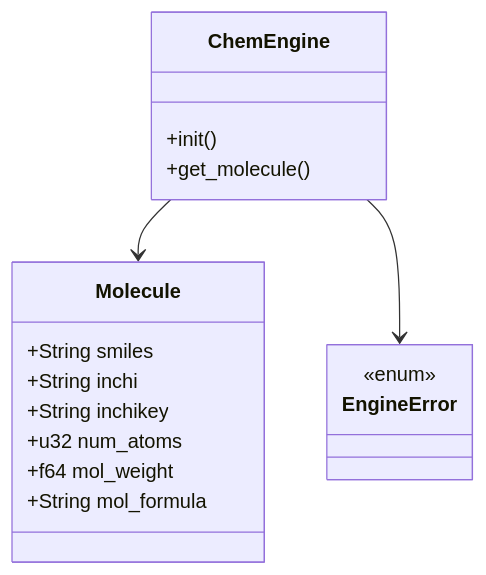
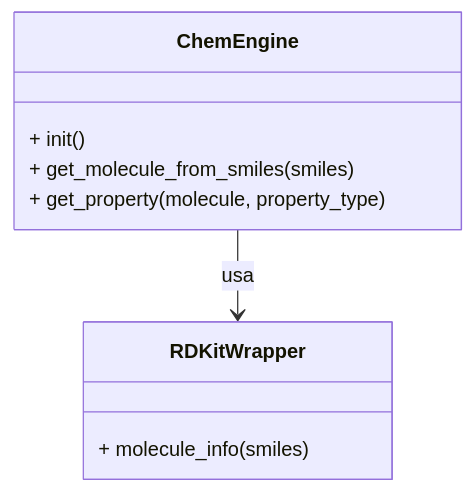
One commit to chem-gl/chem-flow changed the eighth of 8 diagrams in README.md. Above: the diagram before and after it, drawn with Mermaid. The commit also changed other lines of this file and 14 other files, not shown here.

````diff
--- a/README.md
+++ b/README.md
@@ -337,20 +367,12 @@
 ```mermaid
 classDiagram
     class ChemEngine {
-        +init()
-        +get_molecule()
+        + init()
+        + get_molecule_from_smiles(smiles)
+        + get_property(molecule, property_type)
     }
-    class Molecule {
-        +String smiles
-        +String inchi
-        +String inchikey
-        +u32 num_atoms
-        +f64 mol_weight
-        +String mol_formula
+    class RDKitWrapper {
+        + molecule_info(smiles)
     }
-    class EngineError {
-        <<enum>>
-    }
-    ChemEngine --> Molecule
-    ChemEngine --> EngineError
+    ChemEngine --> RDKitWrapper : usa
 ```
````
